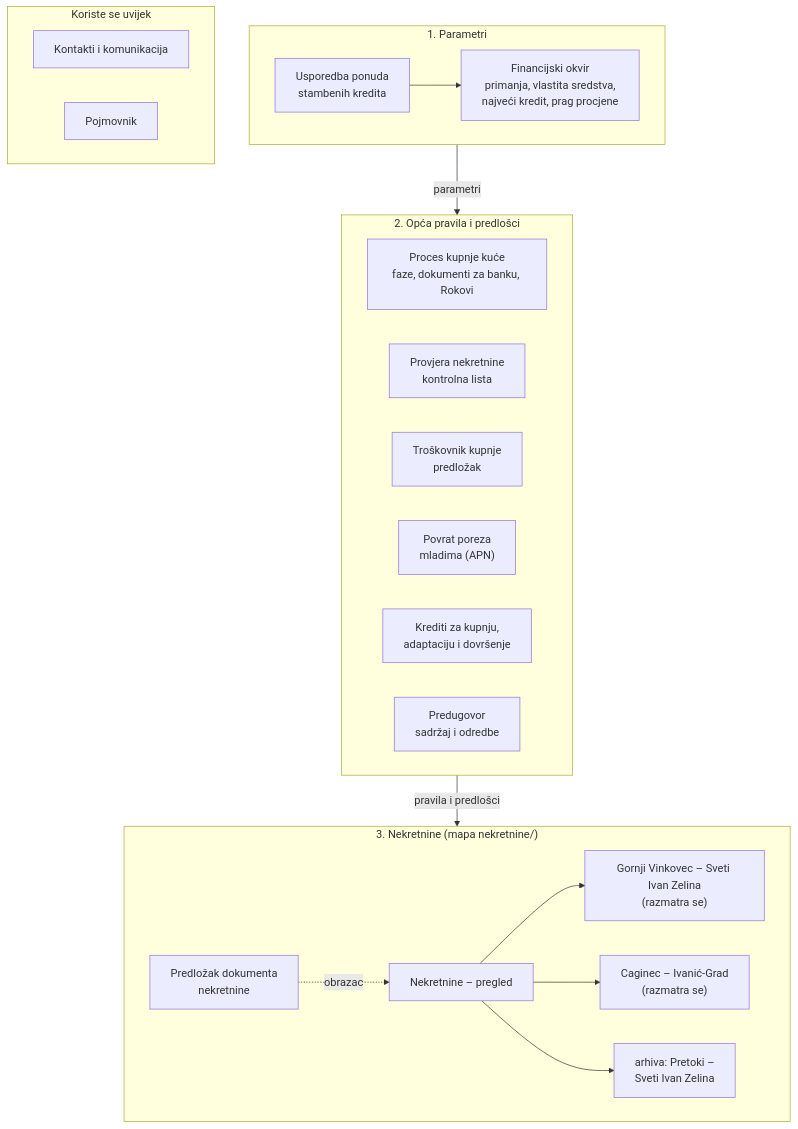
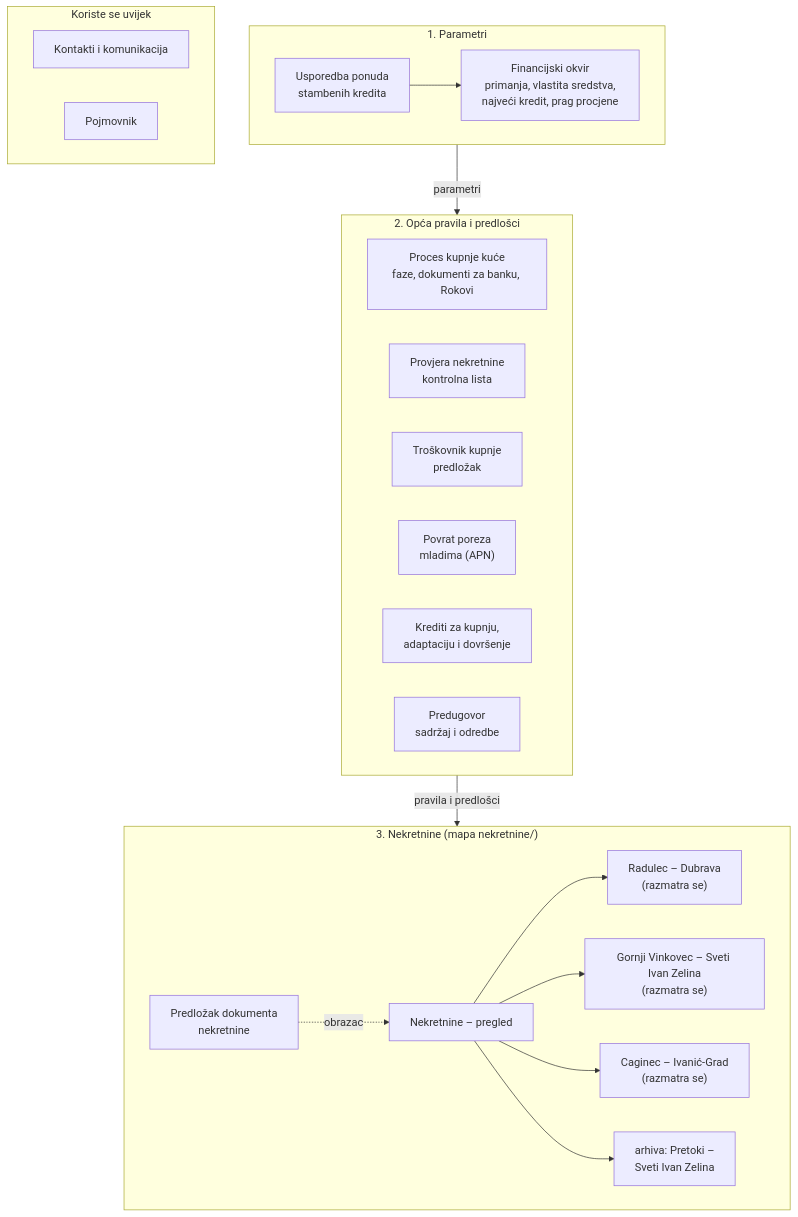
One commit to thomTHORNE/StambeniKredit changed the first of 2 diagrams in README.md. Above: the diagram before and after it, drawn with Mermaid. The commit also changed other lines of this file and 3 other files, not shown here.

First line of the commit message:
Dodana kuća Radulec – Dubrava s budžetom za dovršenje potkrovlja

````diff
--- a/README.md
+++ b/README.md
@@ -36,34 +37,35 @@
 ```mermaid
 flowchart TD
     subgraph R1["1. Parametri"]
         direction LR
         UP["Usporedba ponuda<br/>stambenih kredita"] --> FO["Financijski okvir<br/>primanja, vlastita sredstva,<br/>najveći kredit, prag procjene"]
     end
 
     subgraph R2["2. Opća pravila i predlošci"]
         direction LR
         PR["Proces kupnje kuće<br/>faze, dokumenti za banku, Rokovi"]
         KL["Provjera nekretnine<br/>kontrolna lista"]
         TP["Troškovnik kupnje<br/>predložak"]
         PP["Povrat poreza<br/>mladima (APN)"]
         KR["Krediti za kupnju,<br/>adaptaciju i dovršenje"]
         PD["Predugovor<br/>sadržaj i odredbe"]
     end
 
     subgraph R3["3. Nekretnine (mapa nekretnine/)"]
         direction LR
         PDN["Predložak dokumenta<br/>nekretnine"] -. "obrazac" .-> NP["Nekretnine – pregled"]
+        NP --> RD["Radulec – Dubrava<br/>(razmatra se)"]
         NP --> GV["Gornji Vinkovec – Sveti Ivan Zelina<br/>(razmatra se)"]
         NP --> CA["Caginec – Ivanić-Grad<br/>(razmatra se)"]
         NP --> PT["arhiva: Pretoki –<br/>Sveti Ivan Zelina"]
     end
 
     subgraph SVE["Koriste se uvijek"]
         direction LR
         KK["Kontakti i komunikacija"]
         PO["Pojmovnik"]
     end
 
     R1 -- "parametri" --> R2
     R2 -- "pravila i predlošci" --> R3
 ```
````
